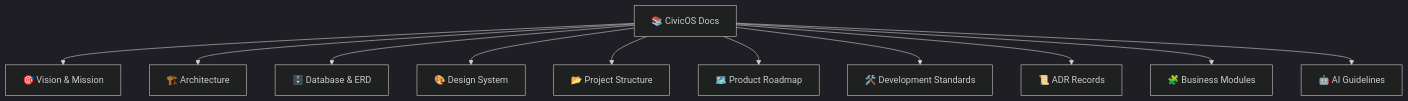
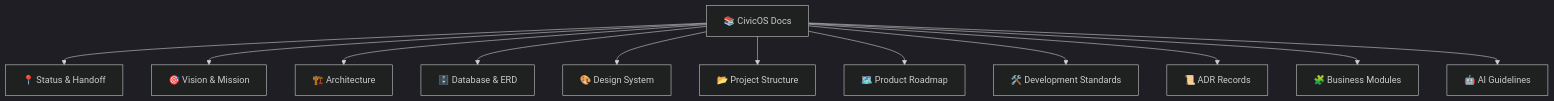
The diagram in docs/README.md (FakhriF/civic-os), drawn with Mermaid (dark theme) before and after one commit. The commit also changed other lines of this file and 3 other files, not shown here.

Commit message:
docs: add project status & handoff note

````diff
--- a/docs/README.md
+++ b/docs/README.md
@@ -9,25 +12,27 @@
 ```mermaid
 graph TD
     Docs["📚 CivicOS Docs"]
+    Status["📍 Status & Handoff"]
     Vision["🎯 Vision & Mission"]
     Arch["🏗️ Architecture"]
     DB["🗄️ Database & ERD"]
     Design["🎨 Design System"]
     Struct["📂 Project Structure"]
     Roadmap["🗺️ Product Roadmap"]
     Standards["🛠️ Development Standards"]
     ADR["📜 ADR Records"]
     Modules["🧩 Business Modules"]
     AI["🤖 AI Guidelines"]
 
+    Docs --> Status
     Docs --> Vision
     Docs --> Arch
     Docs --> DB
     Docs --> Design
     Docs --> Struct
     Docs --> Roadmap
     Docs --> Standards
     Docs --> ADR
     Docs --> Modules
     Docs --> AI
 ```
````
